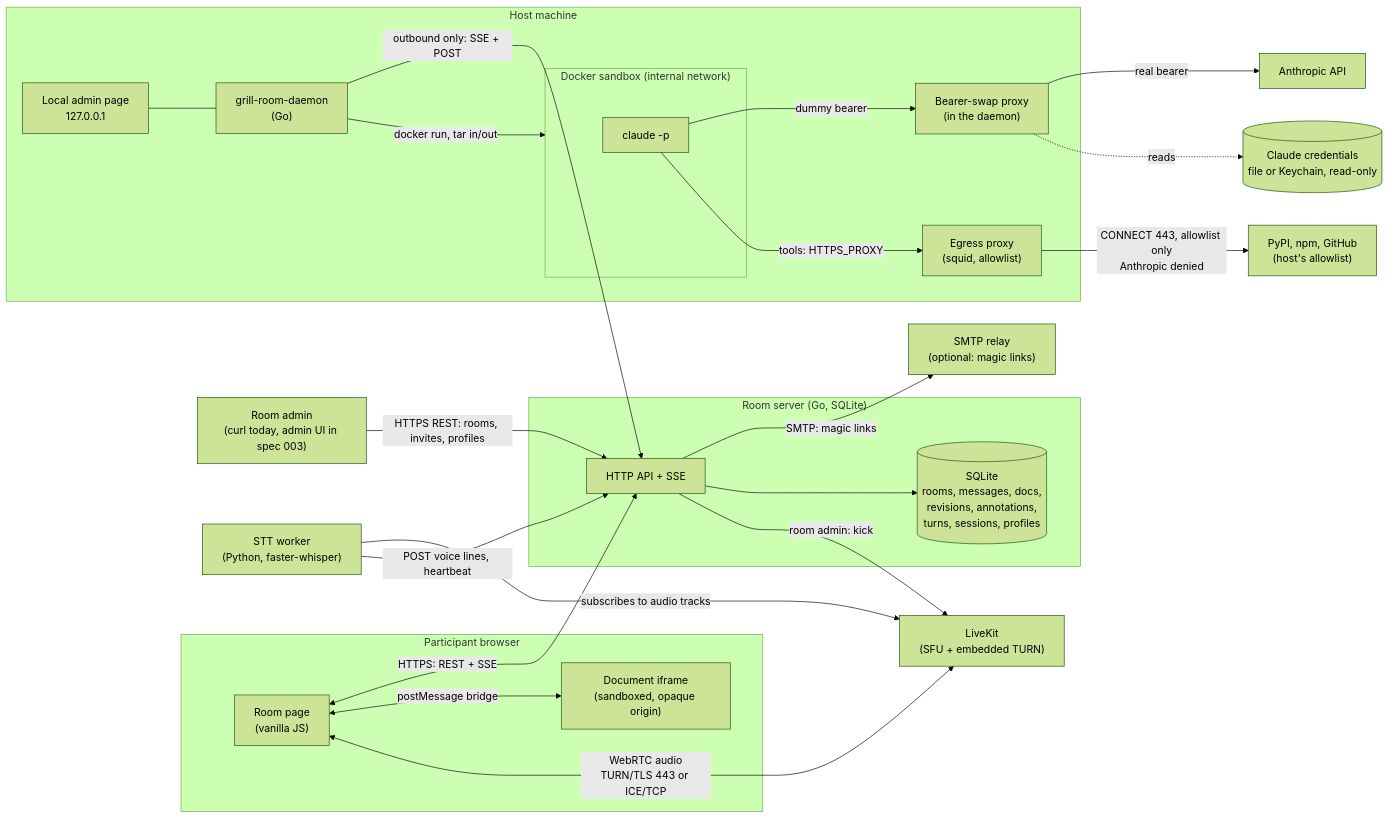
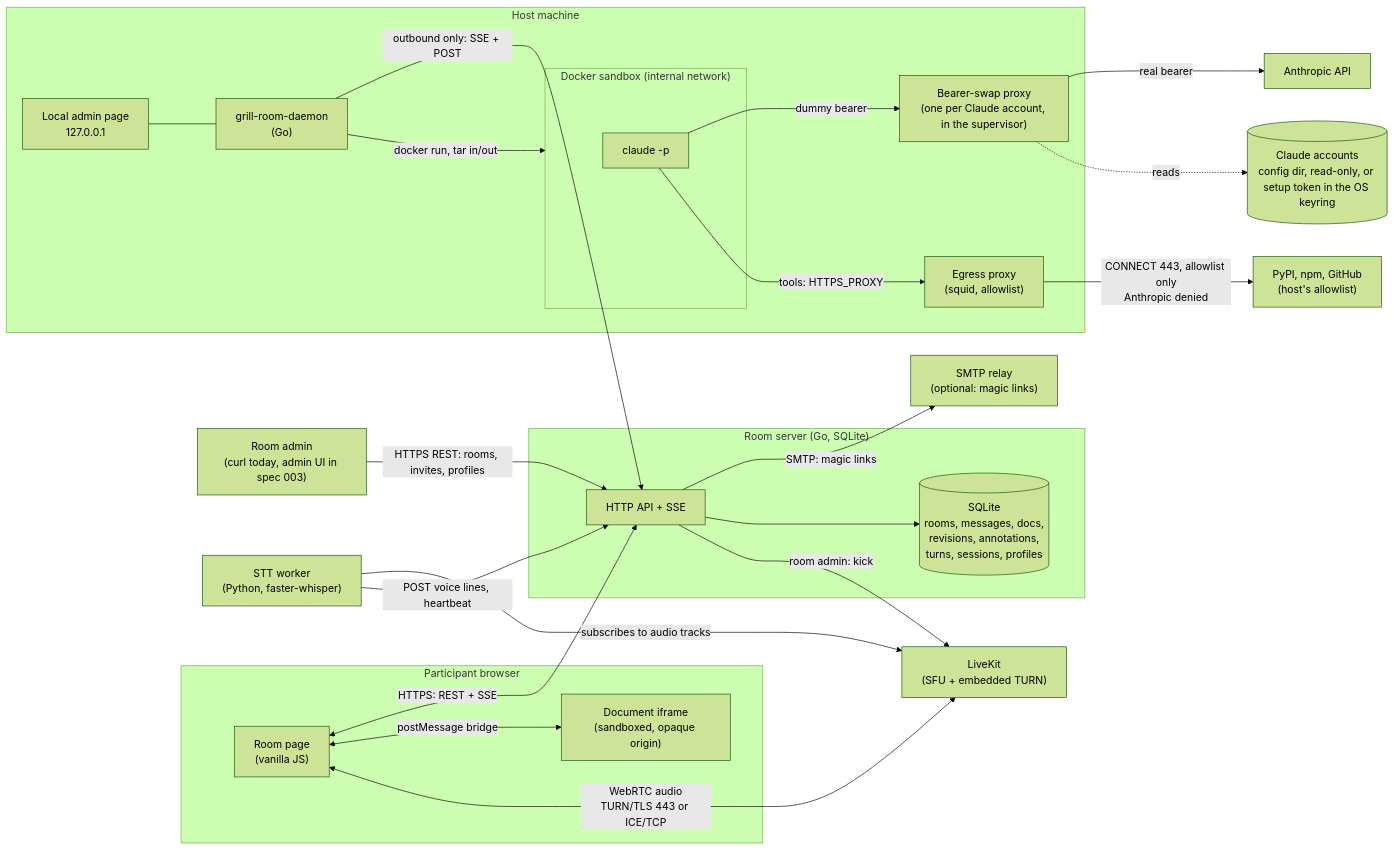
The diagram in docs/architecture.md (babs/grill-room), drawn with Mermaid (forest theme) before and after one commit. The commit also changed other lines of this file and 70 other files, not shown here.

First line of the commit message:
feat(daemon): add Claude accounts with a proxy per account in the supervisor

````diff
--- a/docs/architecture.md
+++ b/docs/architecture.md
@@ -5,48 +5,48 @@
 ```mermaid
 flowchart LR
   subgraph Browser["Participant browser"]
     UI["Room page<br/>(vanilla JS)"]
     Frame["Document iframe<br/>(sandboxed, opaque origin)"]
   end
 
   subgraph Server["Room server (Go, SQLite)"]
     API["HTTP API + SSE"]
     Store[("SQLite<br/>rooms, messages, docs,<br/>revisions, annotations,<br/>turns, sessions, profiles")]
   end
 
   AdminC["Room admin<br/>(curl today, admin UI in spec 003)"]
   SMTP["SMTP relay<br/>(optional: magic links)"]
   LK["LiveKit<br/>(SFU + embedded TURN)"]
   STT["STT worker<br/>(Python, faster-whisper)"]
 
   subgraph Host["Host machine"]
     Daemon["grill-room-daemon<br/>(Go)"]
     Admin["Local admin page<br/>127.0.0.1"]
-    Proxy["Bearer-swap proxy<br/>(in the daemon)"]
+    Proxy["Bearer-swap proxy<br/>(one per Claude account, in the supervisor)"]
     subgraph Sandbox["Docker sandbox (internal network)"]
       Claude["claude -p"]
     end
     Squid["Egress proxy<br/>(squid, allowlist)"]
   end
 
   Anthropic["Anthropic API"]
-  Creds[("Claude credentials<br/>file or Keychain, read-only")]
+  Creds[("Claude accounts<br/>config dir, read-only, or setup token in the OS keyring")]
 
   UI <-->|"HTTPS: REST + SSE"| API
   AdminC -->|"HTTPS REST: rooms, invites, profiles"| API
   API -->|"SMTP: magic links"| SMTP
   UI <-->|"postMessage bridge"| Frame
   UI <-->|"WebRTC audio<br/>TURN/TLS 443 or ICE/TCP"| LK
   STT -->|"subscribes to audio tracks"| LK
   STT -->|"POST voice lines, heartbeat"| API
   API --> Store
   API -->|"room admin: kick"| LK
   Daemon -->|"outbound only: SSE + POST"| API
   Admin --- Daemon
   Daemon -->|"docker run, tar in/out"| Sandbox
   Claude -->|"dummy bearer"| Proxy
   Proxy -->|"real bearer"| Anthropic
   Claude -->|"tools: HTTPS_PROXY"| Squid
   Squid -->|"CONNECT 443, allowlist only<br/>Anthropic denied"| Internet["PyPI, npm, GitHub<br/>(host's allowlist)"]
   Proxy -.->|"reads"| Creds
 ```
````
